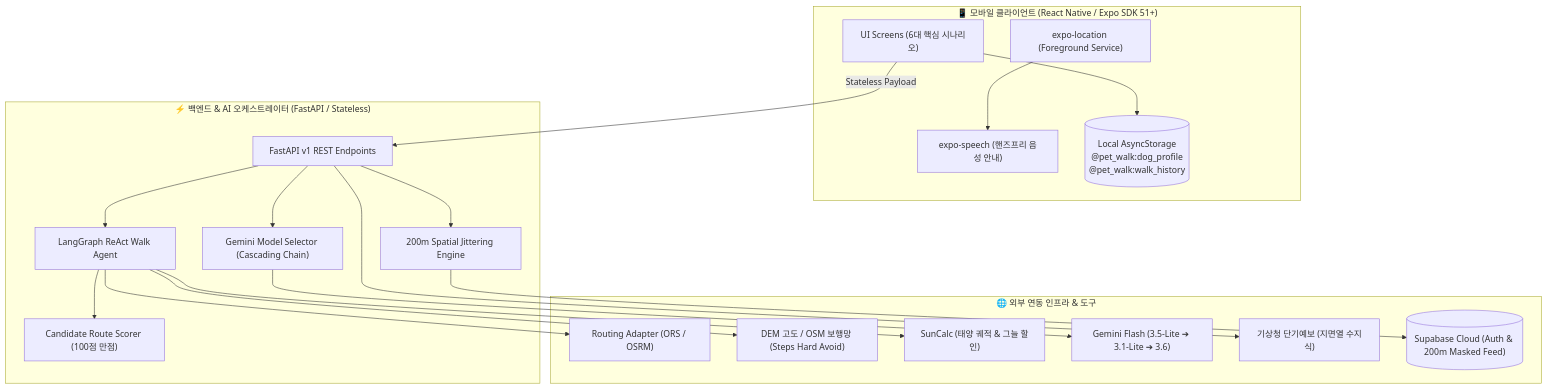
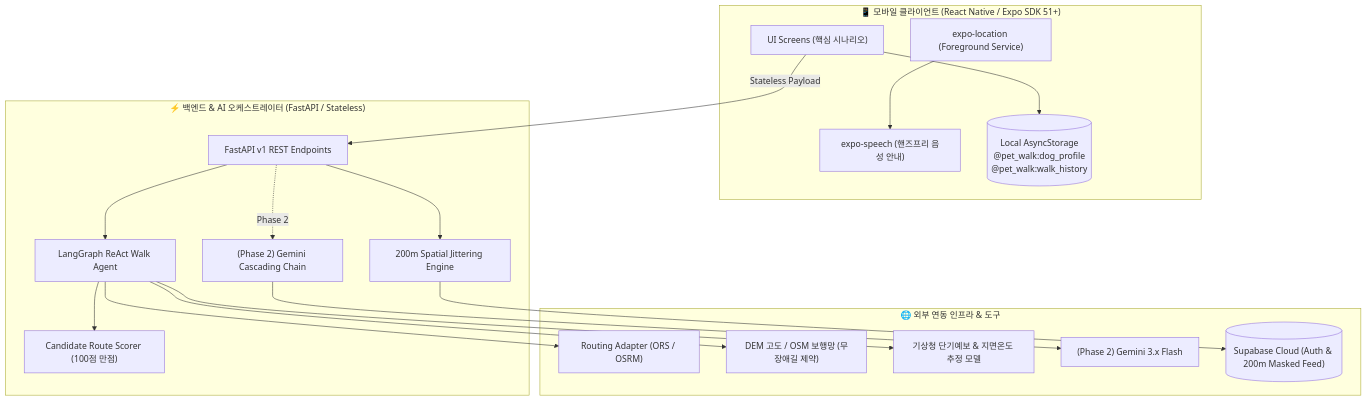
One commit to haru2014/pet_walk_t01 changed the second of 3 diagrams in README.md. Above: the diagram before and after it, drawn with Mermaid. The commit also changed other lines of this file and 22 other files, not shown here.

````diff
--- a/README.md
+++ b/README.md
@@ -87,36 +87,34 @@
 ```mermaid
 graph TB
     subgraph Client["📱 모바일 클라이언트 (React Native / Expo SDK 51+)"]
-        UI["UI Screens (6대 핵심 시나리오)"]
+        UI["UI Screens (핵심 시나리오)"]
         TTS["expo-speech (핸즈프리 음성 안내)"]
         GPS["expo-location (Foreground Service)"]
         Store[("Local AsyncStorage<br/>@pet_walk:dog_profile<br/>@pet_walk:walk_history")]
     end
 
     subgraph Backend["⚡ 백엔드 & AI 오케스트레이터 (FastAPI / Stateless)"]
         Router["FastAPI v1 REST Endpoints"]
         Agent["LangGraph ReAct Walk Agent"]
         Scorer["Candidate Route Scorer (100점 만점)"]
         Masker["200m Spatial Jittering Engine"]
-        VisionPipe["Gemini Model Selector (Cascading Chain)"]
+        VisionPipe["(Phase 2) Gemini Cascading Chain"]
     end
 
     subgraph External["🌐 외부 연동 인프라 & 도구"]
         ORS["Routing Adapter (ORS / OSRM)"]
-        DEM["DEM 고도 / OSM 보행망 (Steps Hard Avoid)"]
-        Sun["SunCalc (태양 궤적 & 그늘 할인)"]
-        Gemini["Gemini Flash (3.5-Lite ➔ 3.1-Lite ➔ 3.6)"]
-        KMA["기상청 단기예보 (지면열 수지식)"]
+        DEM["DEM 고도 / OSM 보행망 (무장애길 제약)"]
+        TempModel["기상청 단기예보 & 지면온도 추정 모델"]
+        Gemini["(Phase 2) Gemini 3.x Flash"]
         Supa[("Supabase Cloud (Auth & 200m Masked Feed)")]
     end
 
     UI --> Store
     GPS --> TTS
     UI -->|Stateless Payload| Router
     Router --> Agent
-    Agent --> ORS & DEM & Sun
+    Agent --> ORS & DEM & TempModel
     Agent --> Scorer
-    Router --> VisionPipe --> Gemini
+    Router -.->|Phase 2| VisionPipe --> Gemini
     Router --> Masker --> Supa
-    Router --> KMA
 ```
````
